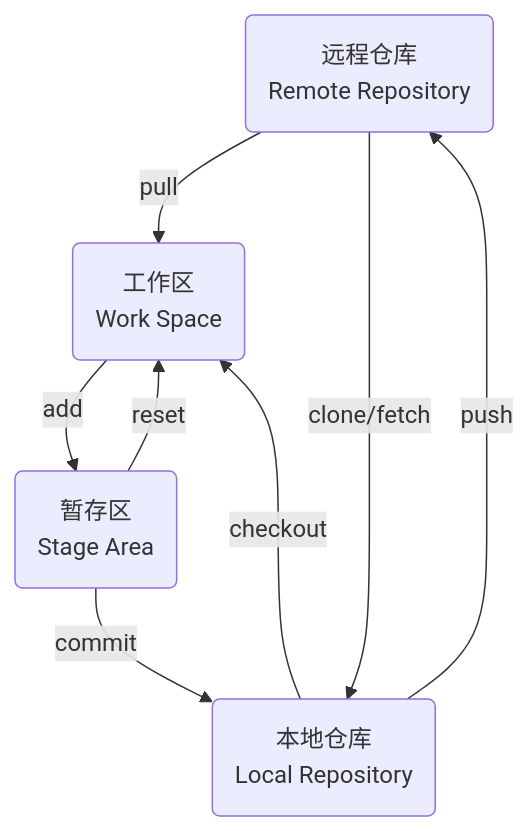
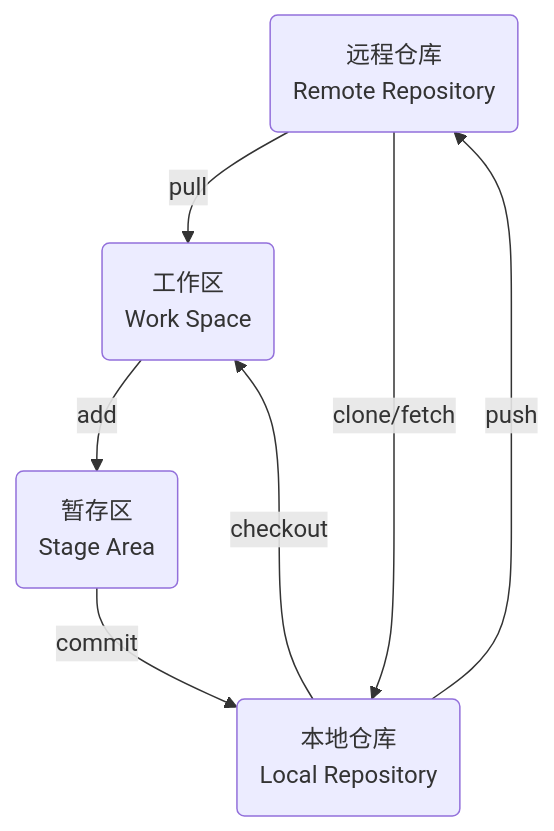
Before and after one commit to dmjcb/dmjcb.github.io: the first of 2 diagrams in _posts/Software/Git/2024-09-24-git指令.md, drawn with Mermaid. The commit also changed other lines of this file and 96 other files, not shown here.

Commit message:
删除多余图片

````diff
--- a/_posts/Software/Git/2024-09-24-git指令.md
+++ b/_posts/Software/Git/2024-09-24-git指令.md
@@ -13,17 +13,16 @@
 ```mermaid
 graph TB;
     R(远程仓库<br>Remote Repository)
     L(本地仓库<br>Local Repository)
     S(暂存区<br>Stage Area)
     W(工作区<br>Work Space)
 
     W -- add --> S
-    S -- reset --> W
 
     S -- commit --> L
     L -- push --> R
 
     R -- pull --> W
     R -- clone/fetch --> L
     L -- checkout --> W
 ```
````
